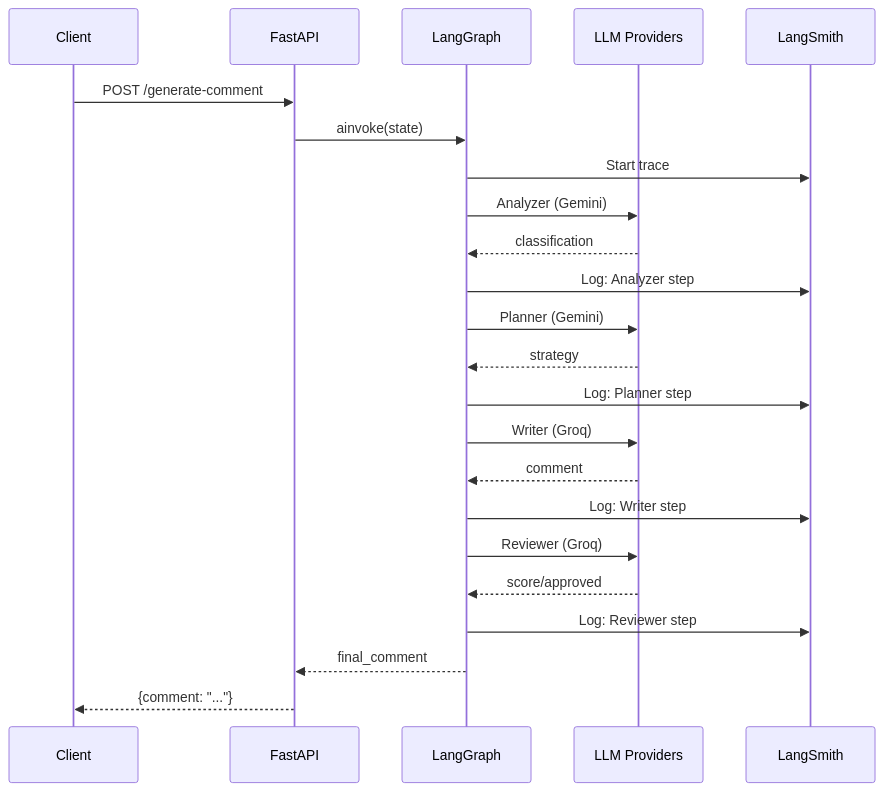
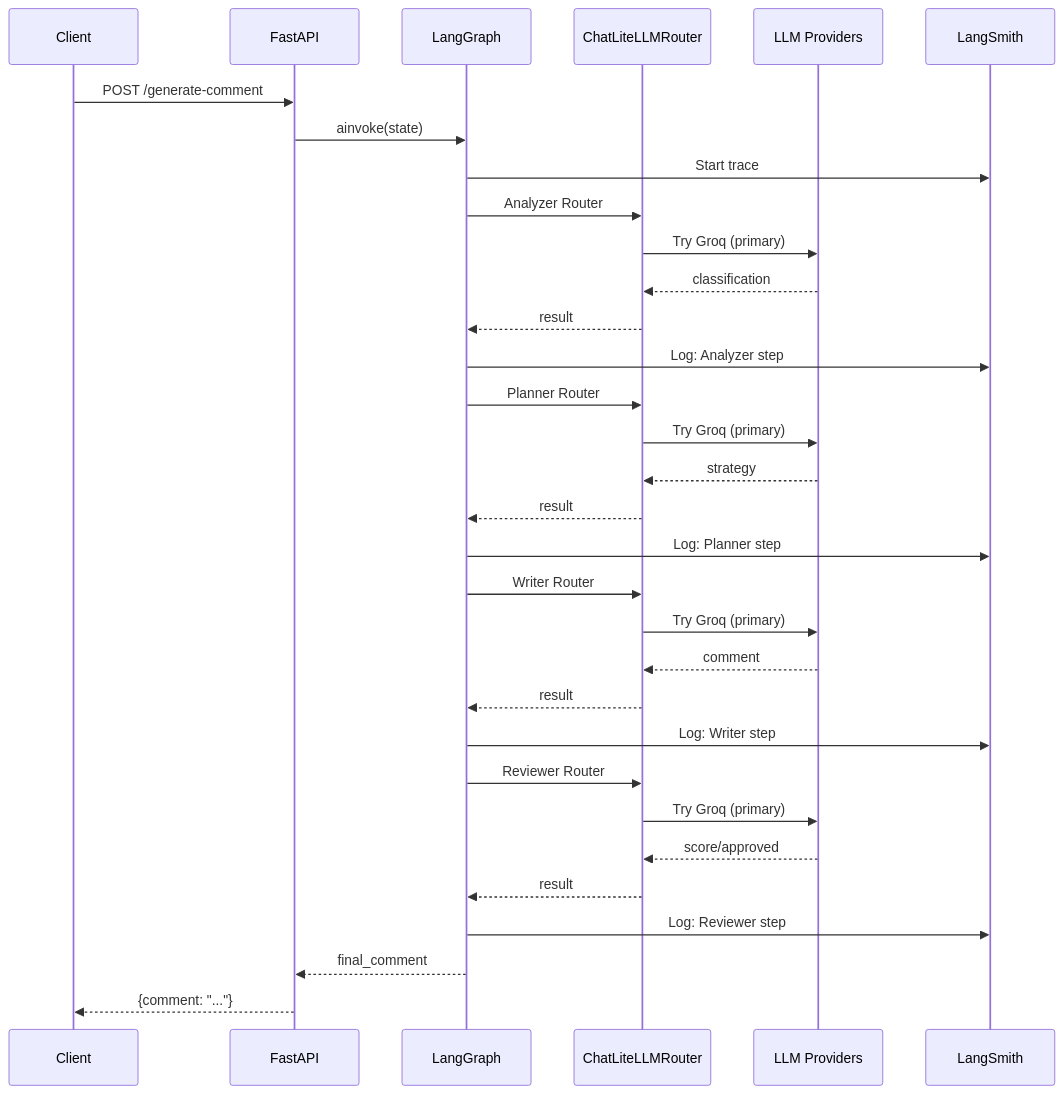
Before and after one commit to himanshu231204/linkedin-ai-comment-copilot: the fifth of 5 diagrams in doc/MODEL_AND_LLM_INTEGRATION.md, drawn with Mermaid. The commit also changed other lines of this file and 4 other files, not shown here.

First line of the commit message:
docs: update all documentation to reflect ChatLiteLLMRouter, Groq primary, and Render deployment

````diff
--- a/doc/MODEL_AND_LLM_INTEGRATION.md
+++ b/doc/MODEL_AND_LLM_INTEGRATION.md
@@ -395,31 +481,40 @@
 ```mermaid
 sequenceDiagram
     participant C as Client
     participant A as FastAPI
     participant G as LangGraph
+    participant R as ChatLiteLLMRouter
     participant LLM as LLM Providers
     participant S as LangSmith
 
     C->>A: POST /generate-comment
     A->>G: ainvoke(state)
     G->>S: Start trace
     
-    G->>LLM: Analyzer (Gemini)
-    LLM-->>G: classification
+    G->>R: Analyzer Router
+    R->>LLM: Try Groq (primary)
+    LLM-->>R: classification
+    R-->>G: result
     G->>S: Log: Analyzer step
     
-    G->>LLM: Planner (Gemini)
-    LLM-->>G: strategy
+    G->>R: Planner Router
+    R->>LLM: Try Groq (primary)
+    LLM-->>R: strategy
+    R-->>G: result
     G->>S: Log: Planner step
     
-    G->>LLM: Writer (Groq)
-    LLM-->>G: comment
+    G->>R: Writer Router
+    R->>LLM: Try Groq (primary)
+    LLM-->>R: comment
+    R-->>G: result
     G->>S: Log: Writer step
     
-    G->>LLM: Reviewer (Groq)
-    LLM-->>G: score/approved
+    G->>R: Reviewer Router
+    R->>LLM: Try Groq (primary)
+    LLM-->>R: score/approved
+    R-->>G: result
     G->>S: Log: Reviewer step
     
     G-->>A: final_comment
     A-->>C: {comment: "..."}
 ```
````
